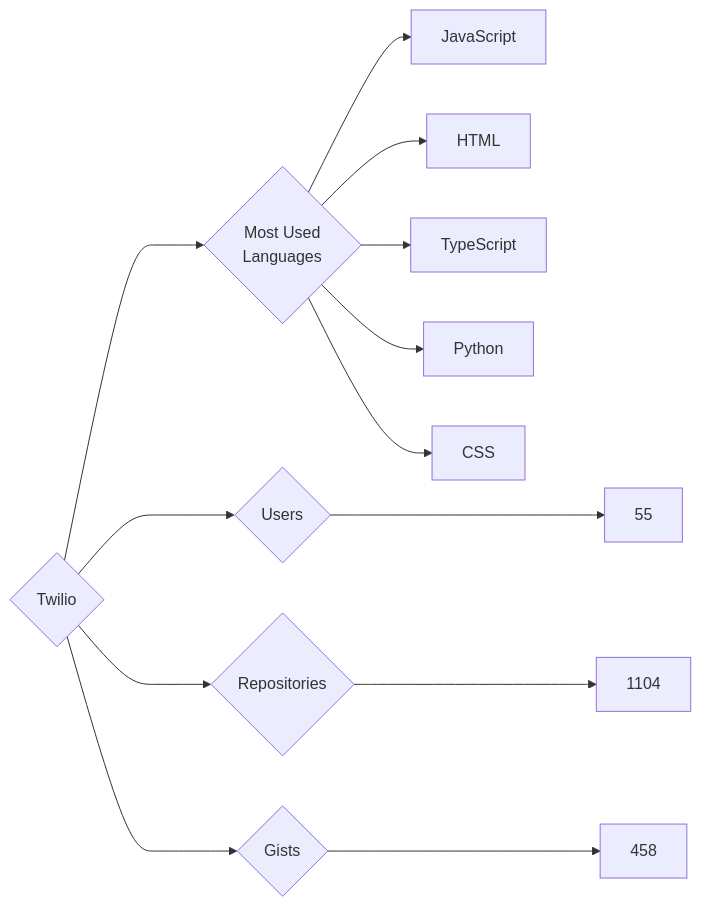
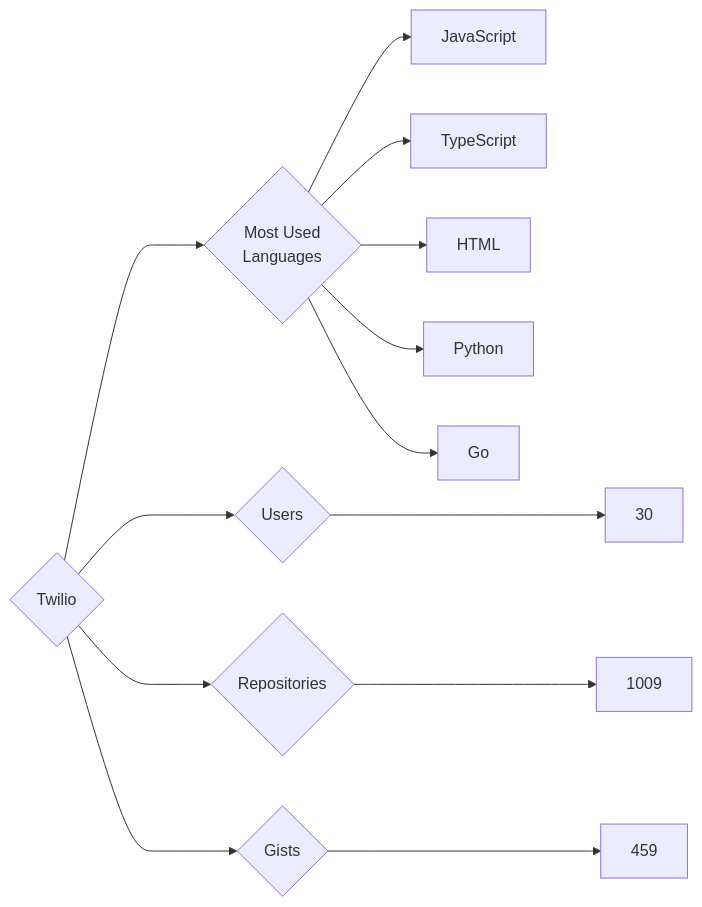
One commit to trickest/insiders changed the diagram in targets/Twilio/README.md. Above: the diagram before and after it, drawn with Mermaid. The commit also changed 833 other files, not shown here.

````diff
--- a/targets/Twilio/README.md
+++ b/targets/Twilio/README.md
@@ -3,13 +3,13 @@
 ```mermaid
 graph LR
 COMPANY_NAME{Twilio}
-COMPANY_NAME ---> U{Users} ---> UN[55]
-COMPANY_NAME ---> R{Repositories} ---> RN[1104]
-COMPANY_NAME ---> G{Gists} ---> GN[458]
+COMPANY_NAME ---> U{Users} ---> UN[30]
+COMPANY_NAME ---> R{Repositories} ---> RN[1009]
+COMPANY_NAME ---> G{Gists} ---> GN[459]
 COMPANY_NAME ---> ML{Most Used<br>Languages}
 ML --> JavaScript[JavaScript]
+ML --> TypeScript[TypeScript]
 ML --> HTML[HTML]
-ML --> TypeScript[TypeScript]
 ML --> Python[Python]
-ML --> CSS[CSS]
+ML --> Go[Go]
 ```
````
